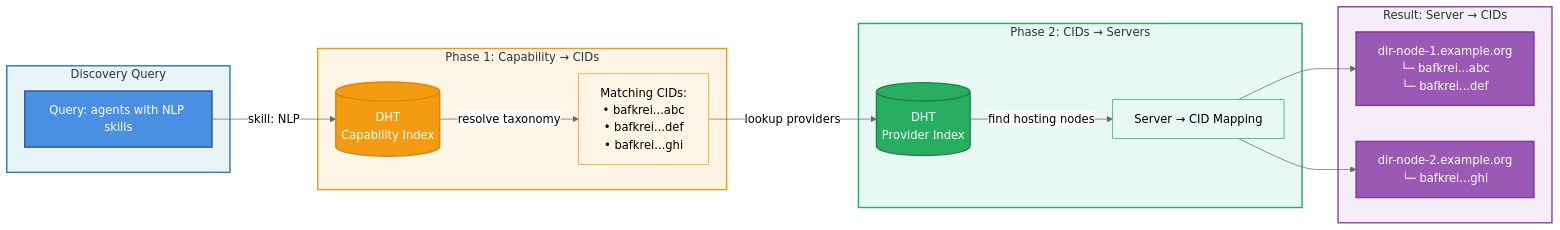
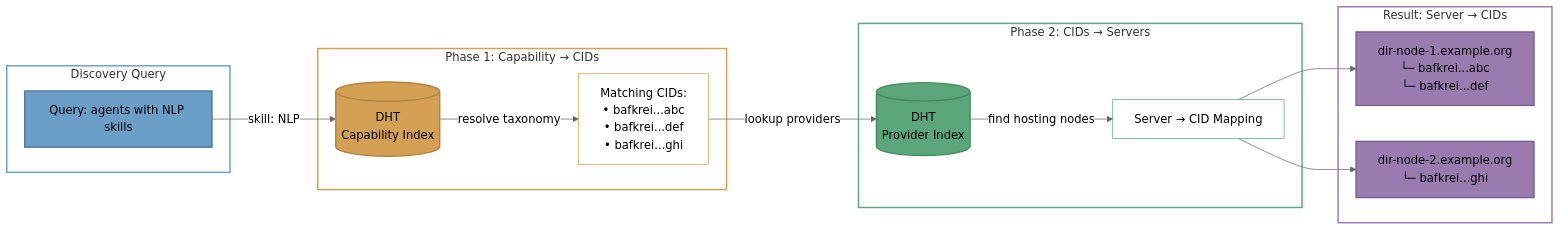
The diagram in _posts/2026-02-12-dir-v1.md (agntcy/blogs), drawn with Mermaid (neutral theme) before and after one commit. The commit also changed other lines of this file, not shown here.

````diff
--- a/_posts/2026-02-12-dir-v1.md
+++ b/_posts/2026-02-12-dir-v1.md
@@ -108,40 +108,40 @@
 ```mermaid
 flowchart LR
     subgraph Query["Discovery Query"]
         Q["Query: agents with NLP skills"]
     end
     
     subgraph Phase1["Phase 1: Capability → CIDs"]
         DHT1[("DHT<br/>Capability Index")]
         CIDS["Matching CIDs:<br/>• bafkrei...abc<br/>• bafkrei...def<br/>• bafkrei...ghi"]
     end
     
     subgraph Phase2["Phase 2: CIDs → Servers"]
         DHT2[("DHT<br/>Provider Index")]
         MAPPING["Server → CID Mapping"]
     end
     
     subgraph Result["Result: Server → CIDs"]
         R1["dir-node-1.example.org<br/>  └─ bafkrei...abc<br/>  └─ bafkrei...def"]
         R2["dir-node-2.example.org<br/>  └─ bafkrei...ghi"]
     end
     
     Q -->|"skill: NLP"| DHT1
     DHT1 -->|"resolve taxonomy"| CIDS
     CIDS -->|"lookup providers"| DHT2
     DHT2 -->|"find hosting nodes"| MAPPING
     MAPPING --> R1
     MAPPING --> R2
     
-    style Query fill:#e8f4f8,stroke:#2980b9,stroke-width:2px
-    style Phase1 fill:#fef5e7,stroke:#f39c12,stroke-width:2px
-    style Phase2 fill:#e8f8f5,stroke:#27ae60,stroke-width:2px
-    style Result fill:#f5eef8,stroke:#8e44ad,stroke-width:2px
-    style Q fill:#4a90e2,stroke:#2e5c8a,stroke-width:2px,color:#fff
-    style DHT1 fill:#f39c12,stroke:#d68910,stroke-width:2px,color:#fff
-    style CIDS fill:#fef5e7,stroke:#f39c12,stroke-width:1px
-    style DHT2 fill:#27ae60,stroke:#1e8449,stroke-width:2px,color:#fff
-    style MAPPING fill:#e8f8f5,stroke:#27ae60,stroke-width:1px
-    style R1 fill:#9b59b6,stroke:#7d3c98,stroke-width:2px,color:#fff
-    style R2 fill:#9b59b6,stroke:#7d3c98,stroke-width:2px,color:#fff
+    style Query fill:transparent,stroke:#6b9fc8,stroke-width:2px
+    style Phase1 fill:transparent,stroke:#d4a054,stroke-width:2px
+    style Phase2 fill:transparent,stroke:#5ba67a,stroke-width:2px
+    style Result fill:transparent,stroke:#9a7bb0,stroke-width:2px
+    style Q fill:#6b9fc8,stroke:#4a7a9c,stroke-width:2px
+    style DHT1 fill:#d4a054,stroke:#b08540,stroke-width:2px
+    style CIDS fill:transparent,stroke:#d4a054,stroke-width:1px
+    style DHT2 fill:#5ba67a,stroke:#478a60,stroke-width:2px
+    style MAPPING fill:transparent,stroke:#5ba67a,stroke-width:1px
+    style R1 fill:#9a7bb0,stroke:#7a5f8c,stroke-width:2px
+    style R2 fill:#9a7bb0,stroke:#7a5f8c,stroke-width:2px
 ```
````
